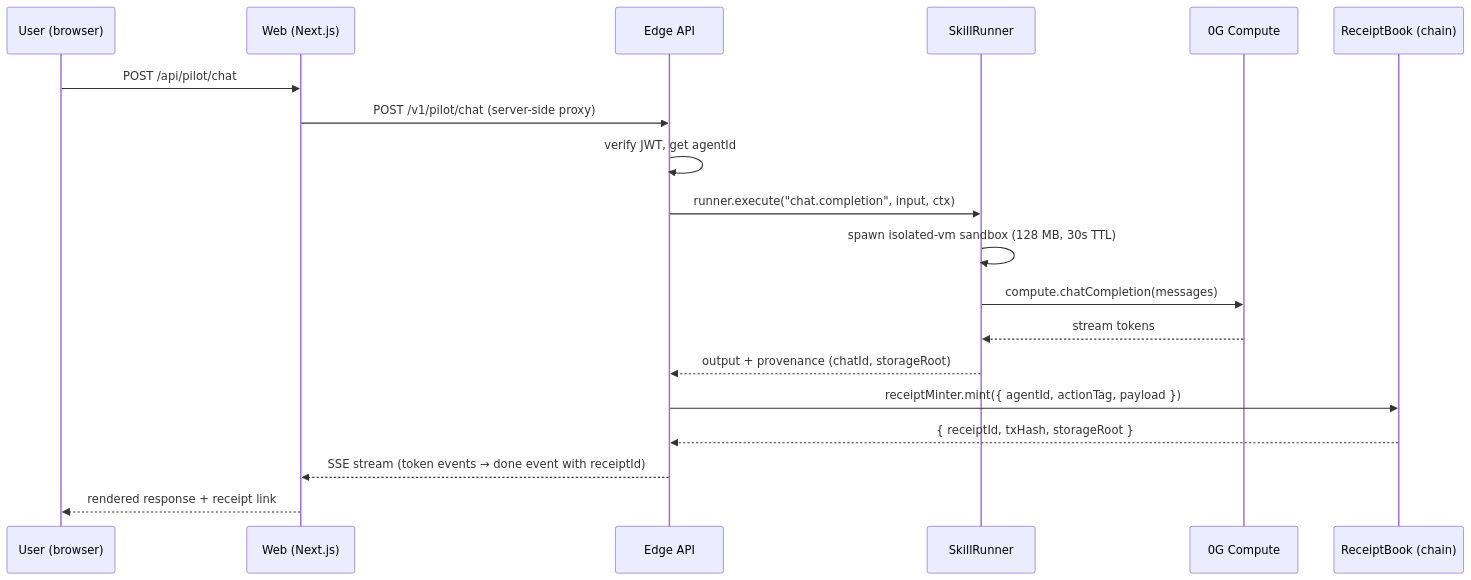
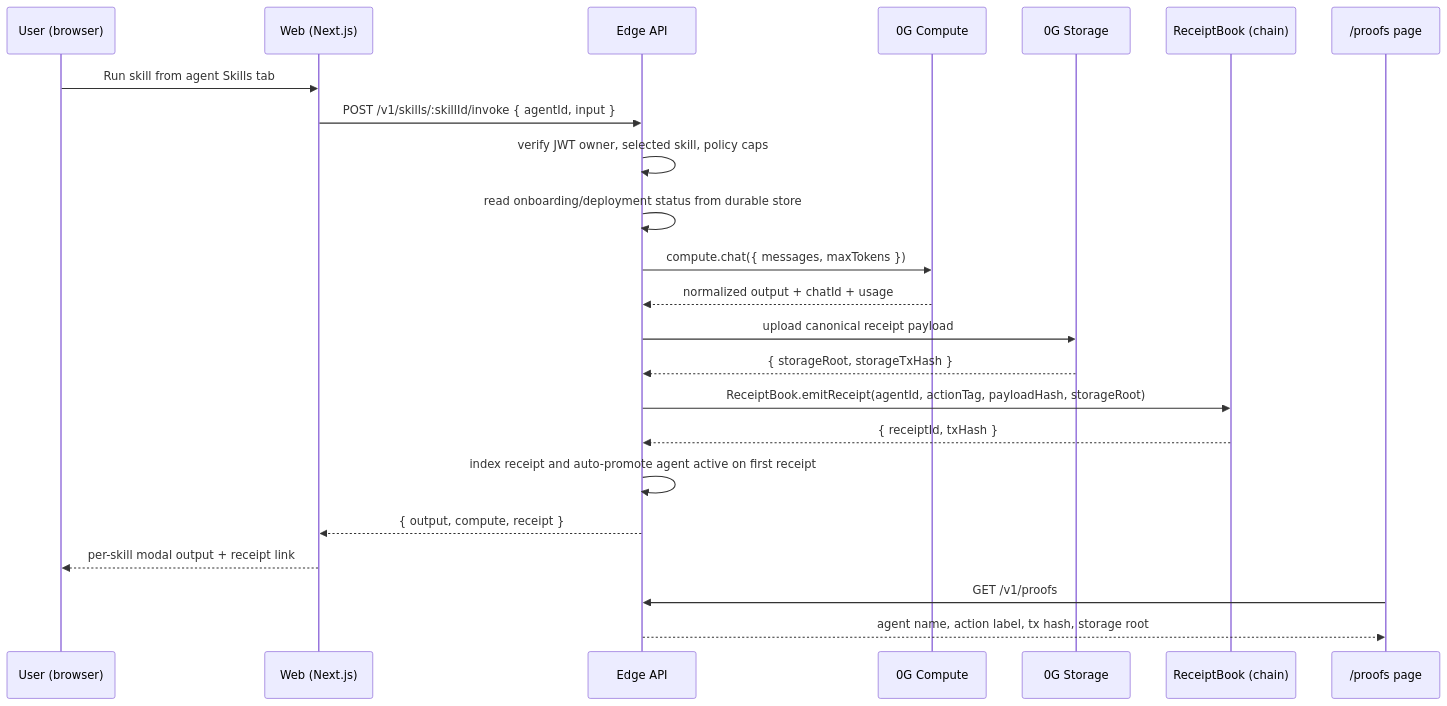
Before and after one commit to Franlinozz/APOGEE: the first of 4 diagrams in docs/ARCHITECTURE.md, drawn with Mermaid. The commit also changed other lines of this file and 2 other files, not shown here.

````diff
--- a/docs/ARCHITECTURE.md
+++ b/docs/ARCHITECTURE.md
@@ -33,22 +33,26 @@
 ```mermaid
 sequenceDiagram
     participant U as User (browser)
     participant W as Web (Next.js)
     participant E as Edge API
-    participant SK as SkillRunner
     participant C as 0G Compute
+    participant S as 0G Storage
     participant CB as ReceiptBook (chain)
+    participant P as /proofs page
 
-    U->>W: POST /api/pilot/chat
-    W->>E: POST /v1/pilot/chat (server-side proxy)
-    E->>E: verify JWT, get agentId
-    E->>SK: runner.execute("chat.completion", input, ctx)
-    SK->>SK: spawn isolated-vm sandbox (128 MB, 30s TTL)
-    SK->>C: compute.chatCompletion(messages)
-    C-->>SK: stream tokens
-    SK-->>E: output + provenance (chatId, storageRoot)
-    E->>CB: receiptMinter.mint({ agentId, actionTag, payload })
-    CB-->>E: { receiptId, txHash, storageRoot }
-    E-->>W: SSE stream (token events → done event with receiptId)
-    W-->>U: rendered response + receipt link
+    U->>W: Run skill from agent Skills tab
+    W->>E: POST /v1/skills/:skillId/invoke { agentId, input }
+    E->>E: verify JWT owner, selected skill, policy caps
+    E->>E: read onboarding/deployment status from durable store
+    E->>C: compute.chat({ messages, maxTokens })
+    C-->>E: normalized output + chatId + usage
+    E->>S: upload canonical receipt payload
+    S-->>E: { storageRoot, storageTxHash }
+    E->>CB: ReceiptBook.emitReceipt(agentId, actionTag, payloadHash, storageRoot)
+    CB-->>E: { receiptId, txHash }
+    E->>E: index receipt and auto-promote agent active on first receipt
+    E-->>W: { output, compute, receipt }
+    W-->>U: per-skill modal output + receipt link
+    P->>E: GET /v1/proofs
+    E-->>P: agent name, action label, tx hash, storage root
 ```
````
